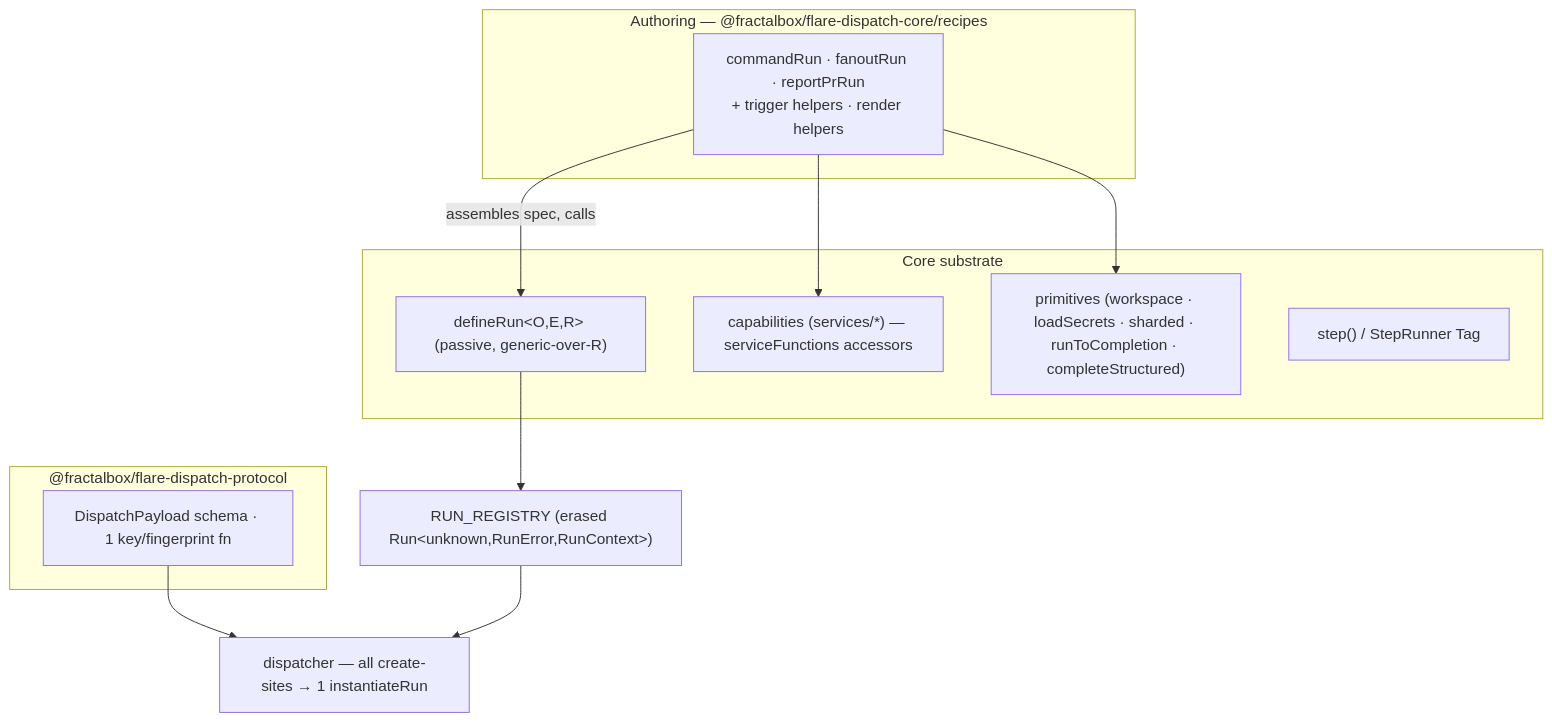
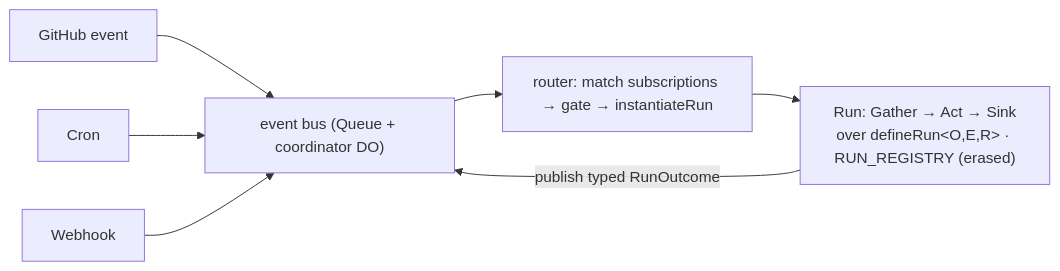
One commit to fractalboxdev/flare-dispatch changed the diagram in REWRITE.md. Above: the diagram before and after it, drawn with Mermaid. The commit also changed other lines of this file, not shown here.

First line of the commit message:
Unify runs under Trigger/Sink poles + event-bus router

````diff
--- a/REWRITE.md
+++ b/REWRITE.md
@@ -46,21 +56,9 @@
 ```mermaid
-flowchart TD
-  subgraph auth["Authoring — @fractalbox/flare-dispatch-core/recipes"]
-    REC["commandRun · fanoutRun · reportPrRun<br/>+ trigger helpers · render helpers"]
-  end
-  subgraph core["Core substrate"]
-    DR["defineRun&lt;O,E,R&gt; (passive, generic-over-R)"]
-    CAP["capabilities (services/*) — serviceFunctions accessors"]
-    PRIM["primitives (workspace · loadSecrets · sharded · runToCompletion · completeStructured)"]
-    STEP["step() / StepRunner Tag"]
-  end
-  subgraph proto["@fractalbox/flare-dispatch-protocol"]
-    PY["DispatchPayload schema · 1 key/fingerprint fn"]
-  end
-  REC -->|assembles spec, calls| DR
-  REC --> CAP
-  REC --> PRIM
-  DR --> REG["RUN_REGISTRY (erased Run&lt;unknown,RunError,RunContext&gt;)"]
-  PY --> DISP["dispatcher — all create-sites → 1 instantiateRun"]
-  REG --> DISP
+flowchart LR
+  GH["GitHub event"] --> BUS
+  CRON["Cron"] --> BUS
+  WH["Webhook"] --> BUS
+  BUS["event bus (Queue + coordinator DO)"] --> RT["router: match subscriptions → gate → instantiateRun"]
+  RT --> RUN["Run: Gather → Act → Sink<br/>over defineRun&lt;O,E,R&gt; · RUN_REGISTRY (erased)"]
+  RUN -->|publish typed RunOutcome| BUS
 ```
````
